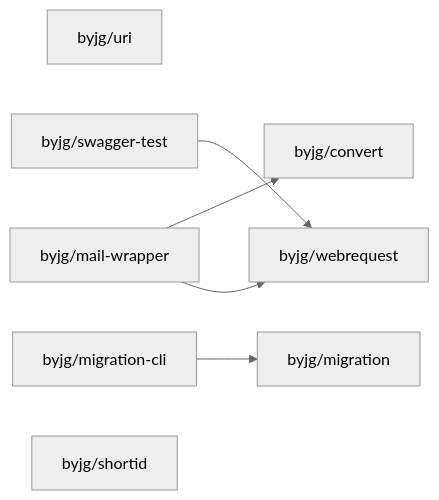
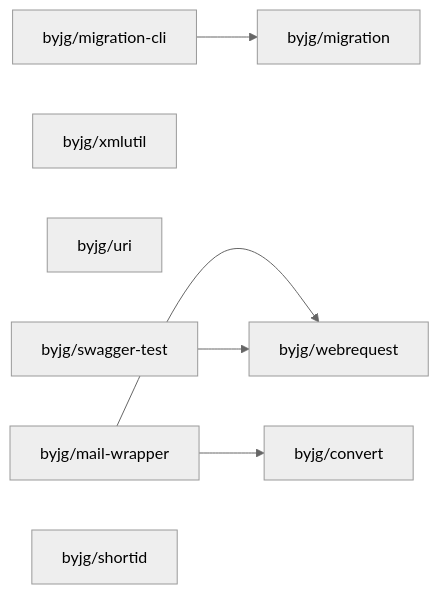
The diagram in php/README.md (byjg/byjg.github.io), drawn with Mermaid (neutral theme) before and after one commit. The commit also changed 2 other files, not shown here.

Commit message:
Update documentation 'php' 'php-xmlutil'

````diff
--- a/php/README.md
+++ b/php/README.md
@@ -3,15 +3,16 @@
 ```mermaid
 graph LR;
+  byjg/migration-cli;
+  byjg/xmlutil;
   byjg/uri;
   byjg/swagger-test;
-  byjg/migration-cli;
   byjg/mail-wrapper;
   byjg/shortid;
   byjg/migration;
   byjg/convert;
   byjg/webrequest;
   byjg/mail-wrapper --> byjg/convert;
   byjg/mail-wrapper --> byjg/webrequest;
   byjg/swagger-test --> byjg/webrequest;
   byjg/migration-cli --> byjg/migration;
 ```
````
